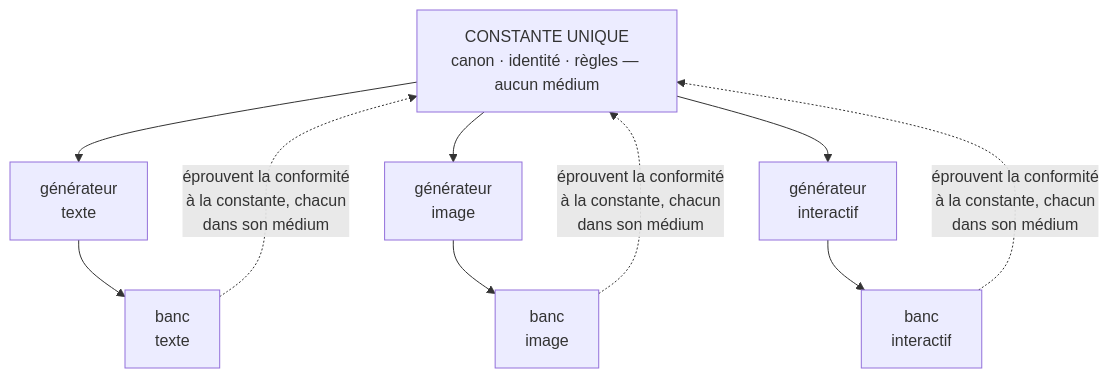
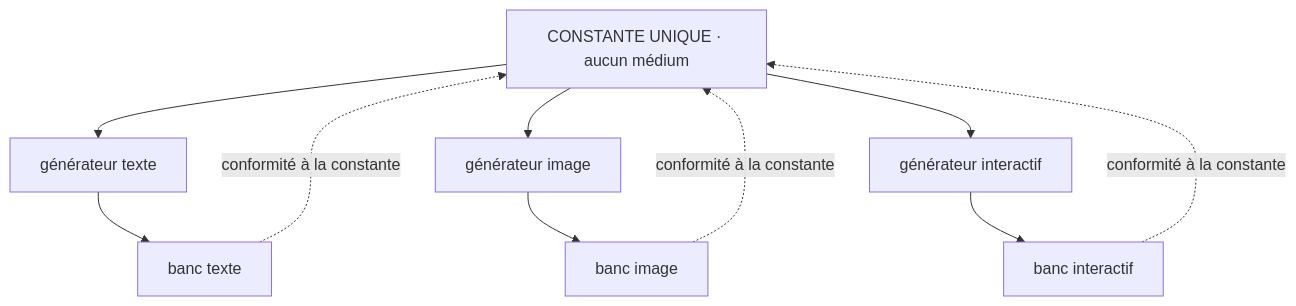
The diagram in fiches/MEDIUM.md (JP-Noto/WORKING-REFERENCE), drawn with Mermaid before and after one commit. The commit also changed 3 other files, not shown here.

Commit message:
Schemas : libelles une ligne (le rendu GitHub concatenait les multi-lignes), disposition verticale du schema principal, legendes de lecture ; aucun contenu doctrinal modifie

````diff
--- a/fiches/MEDIUM.md
+++ b/fiches/MEDIUM.md
@@ -20,8 +20,8 @@
 ```mermaid
 flowchart TB
-    C["CONSTANTE UNIQUE<br/>canon · identité · règles — aucun médium"]
-    C --> GT["générateur<br/>texte"] --> BT["banc<br/>texte"]
-    C --> GI["générateur<br/>image"] --> BI["banc<br/>image"]
-    C --> GX["générateur<br/>interactif"] --> BX["banc<br/>interactif"]
-    BT & BI & BX -. "éprouvent la conformité<br/>à la constante, chacun<br/>dans son médium" .-> C
+    C["CONSTANTE UNIQUE · aucun médium"]
+    C --> GT["générateur texte"] --> BT["banc texte"]
+    C --> GI["générateur image"] --> BI["banc image"]
+    C --> GX["générateur interactif"] --> BX["banc interactif"]
+    BT & BI & BX -.->|"conformité à la constante"| C
 ```
````
